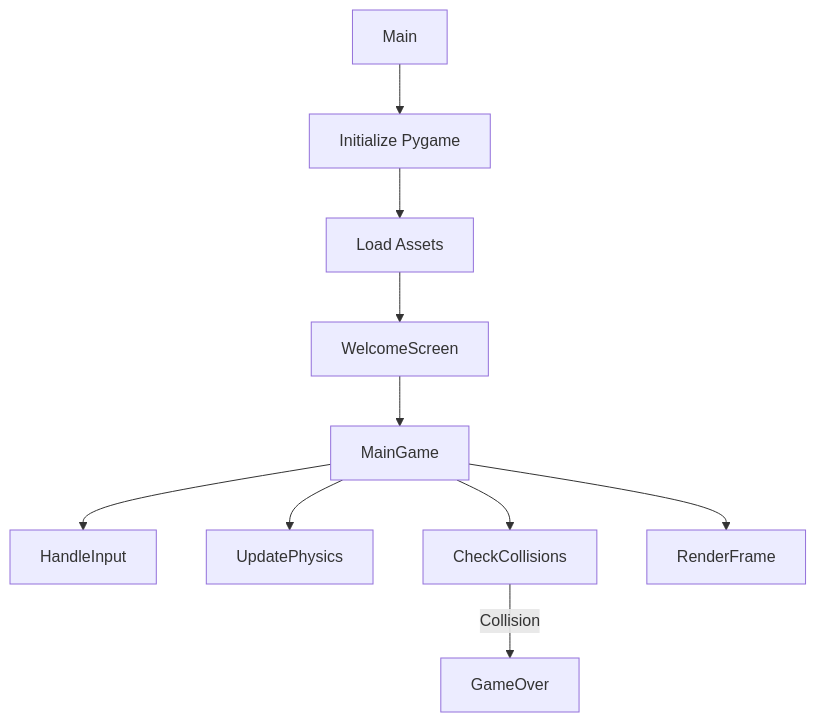
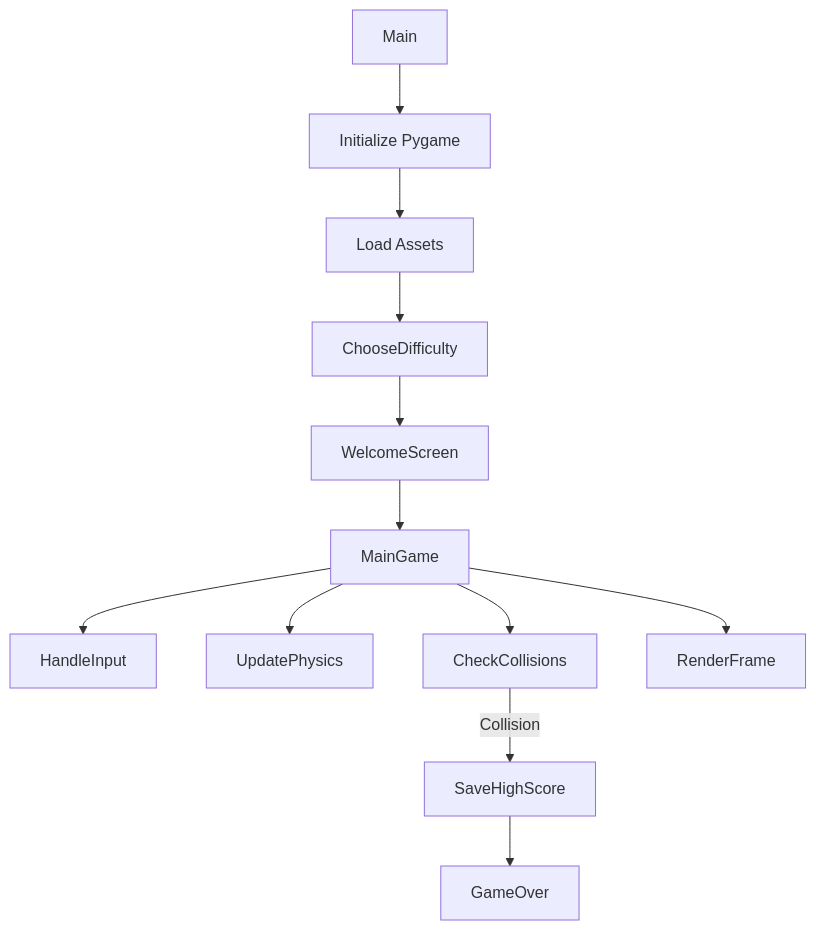
The second of 3 diagrams in README.md (B-202401431/Flappy-Bird), drawn with Mermaid before and after one commit. The commit also changed other lines of this file, not shown here.

````diff
--- a/README.md
+++ b/README.md
@@ -47,12 +42,14 @@
 ```mermaid
 flowchart TD
     A[Main] --> B[Initialize Pygame]
     B --> C[Load Assets]
-    C --> D[WelcomeScreen]
-    D --> E[MainGame]
-    E --> F[HandleInput]
-    E --> G[UpdatePhysics]
-    E --> H[CheckCollisions]
-    E --> I[RenderFrame]
-    H -->|Collision| J[GameOver]
+    C --> D[ChooseDifficulty]
+    D --> E[WelcomeScreen]
+    E --> F[MainGame]
+    F --> G[HandleInput]
+    F --> H[UpdatePhysics]
+    F --> I[CheckCollisions]
+    F --> J[RenderFrame]
+    I -->|Collision| K[SaveHighScore]
+    K --> L[GameOver]
 ```
````
